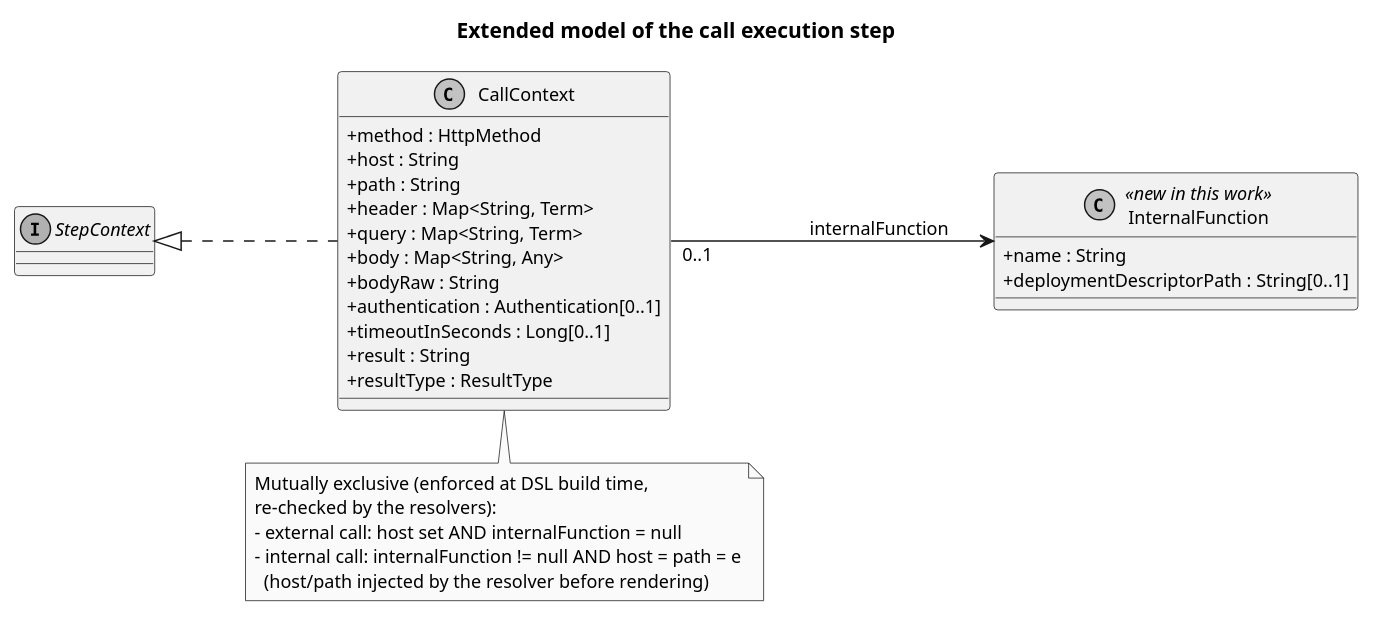
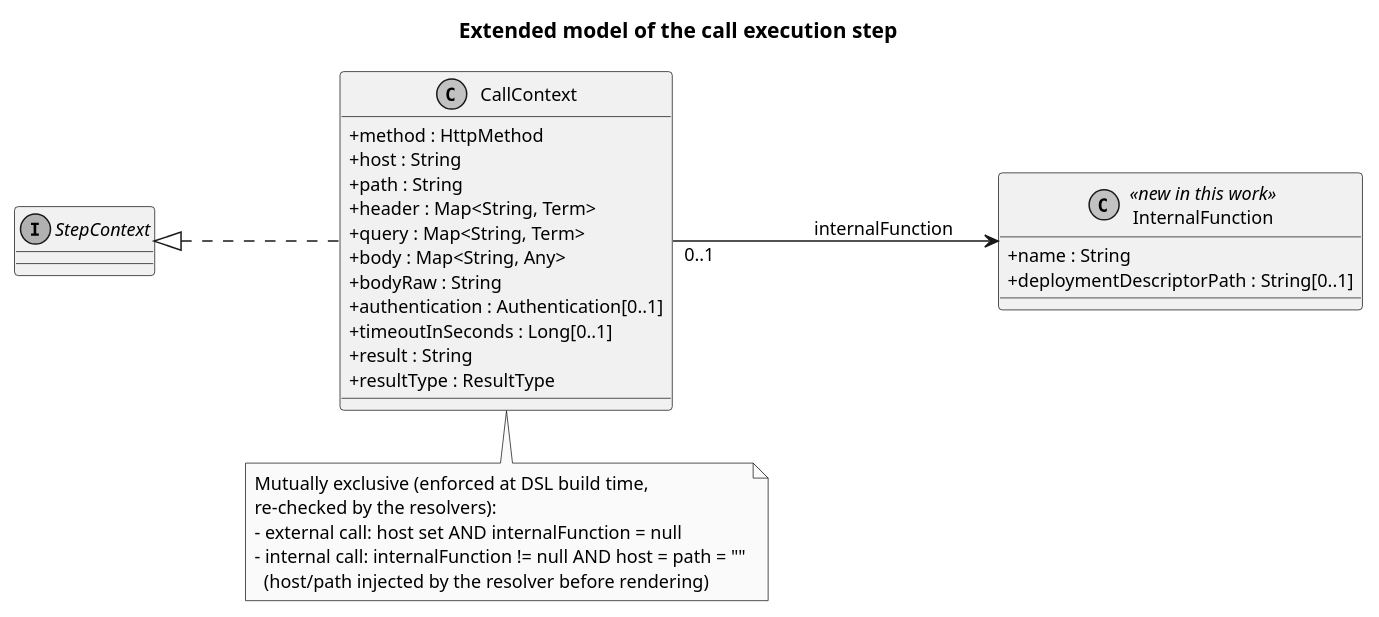
One commit to EngenheiroPedroCarvalho/ISEL-Thesis-2526 changed the diagram in diagrams/call-step-model.puml. Above: the diagram before and after it, drawn with PlantUML. The commit also changed 28 other files, not shown here.

First line of the commit message:
Align the thesis diagrams with the code and the text

```diff
--- a/diagrams/call-step-model.puml
+++ b/diagrams/call-step-model.puml
@@ -1,40 +1,40 @@
 @startuml call-step-model
 skinparam monochrome true
 skinparam shadowing false
 skinparam classAttributeIconSize 0
 skinparam defaultFontSize 12
 left to right direction
 title Extended model of the call execution step
 
 interface StepContext
 
 class CallContext {
   +method : HttpMethod
   +host : String
   +path : String
   +header : Map<String, Term>
   +query : Map<String, Term>
   +body : Map<String, Any>
   +bodyRaw : String
   +authentication : Authentication[0..1]
   +timeoutInSeconds : Long[0..1]
   +result : String
   +resultType : ResultType
 }
 
 class InternalFunction <<new in this work>> {
   +name : String
   +deploymentDescriptorPath : String[0..1]
 }
 
 StepContext <|.. CallContext
 CallContext "0..1" --> InternalFunction : internalFunction
 
 note bottom of CallContext
   Mutually exclusive (enforced at DSL build time,
   re-checked by the resolvers):
   - external call: host set AND internalFunction = null
-  - internal call: internalFunction != null AND host = path = e
+  - internal call: internalFunction != null AND host = path = ""
     (host/path injected by the resolver before rendering)
 end note
 @enduml
```
